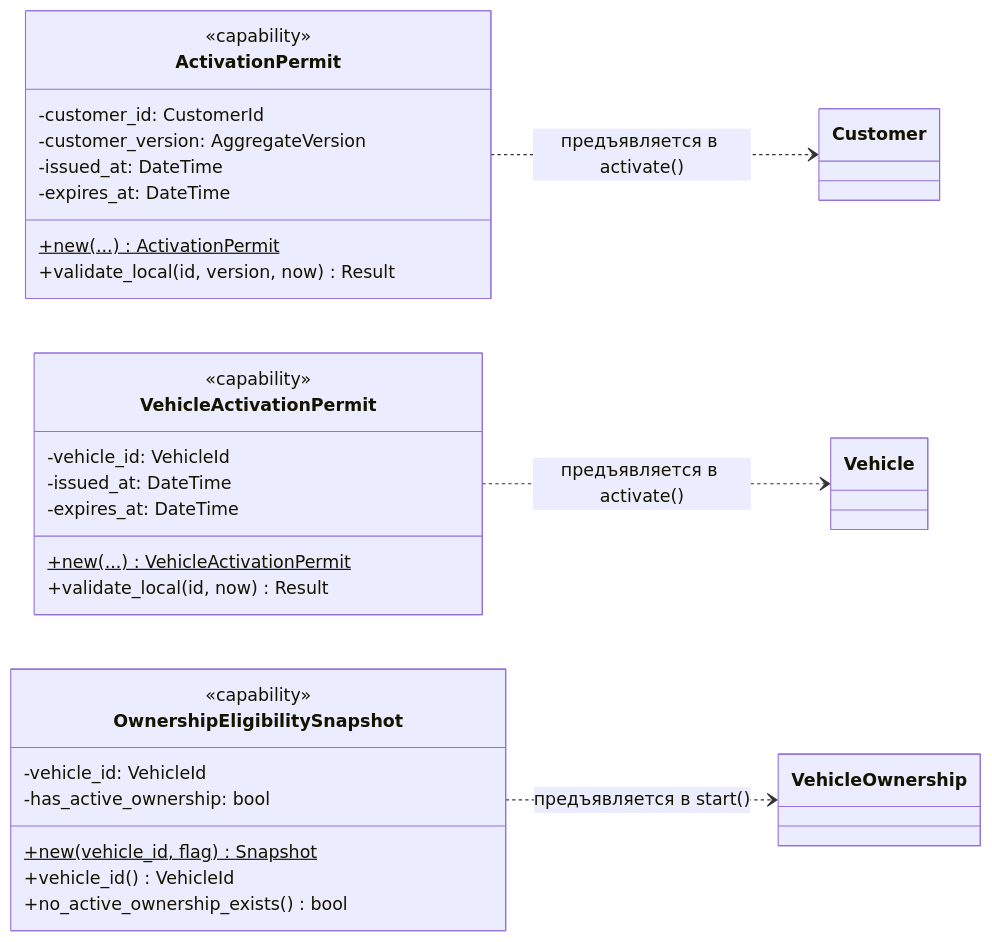
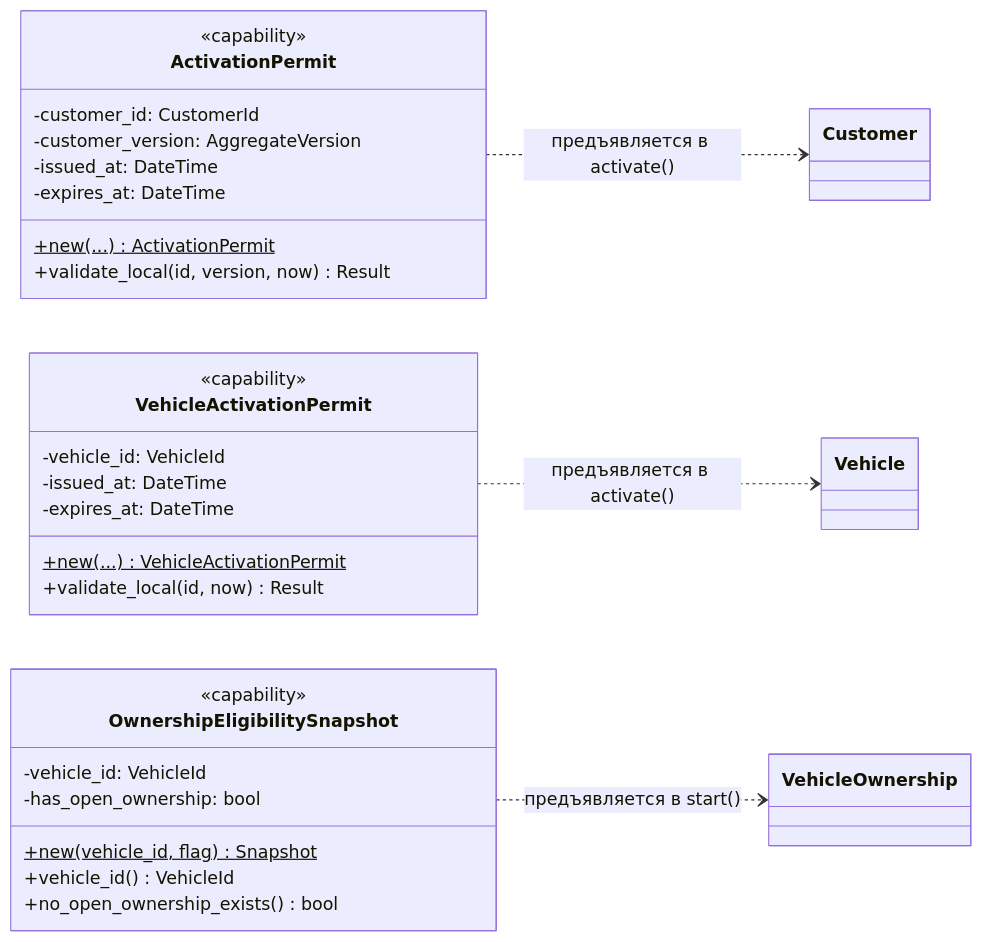
One commit to DeathRustZzZ/PitGO changed the second of 5 diagrams in docs/architecture/07_domain_model.md. Above: the diagram before and after it, drawn with Mermaid. The commit also changed other lines of this file and 12 other files, not shown here.

Commit message:
test(backend): add api error mapping tests and updated diagrams

````diff
--- a/docs/architecture/07_domain_model.md
+++ b/docs/architecture/07_domain_model.md
@@ -123,40 +123,40 @@
 ```mermaid
 classDiagram
   direction LR
 
   class ActivationPermit {
     <<capability>>
     -customer_id: CustomerId
     -customer_version: AggregateVersion
     -issued_at: DateTime
     -expires_at: DateTime
     +new(...) ActivationPermit$
     +validate_local(id, version, now) Result
   }
 
   class VehicleActivationPermit {
     <<capability>>
     -vehicle_id: VehicleId
     -issued_at: DateTime
     -expires_at: DateTime
     +new(...) VehicleActivationPermit$
     +validate_local(id, now) Result
   }
 
   class OwnershipEligibilitySnapshot {
     <<capability>>
     -vehicle_id: VehicleId
-    -has_active_ownership: bool
+    -has_open_ownership: bool
     +new(vehicle_id, flag) Snapshot$
     +vehicle_id() VehicleId
-    +no_active_ownership_exists() bool
+    +no_open_ownership_exists() bool
   }
 
   ActivationPermit ..> Customer: предъявляется в activate()
   VehicleActivationPermit ..> Vehicle: предъявляется в activate()
   OwnershipEligibilitySnapshot ..> VehicleOwnership: предъявляется в start()
 
   class Customer
   class Vehicle
   class VehicleOwnership
 ```
````
